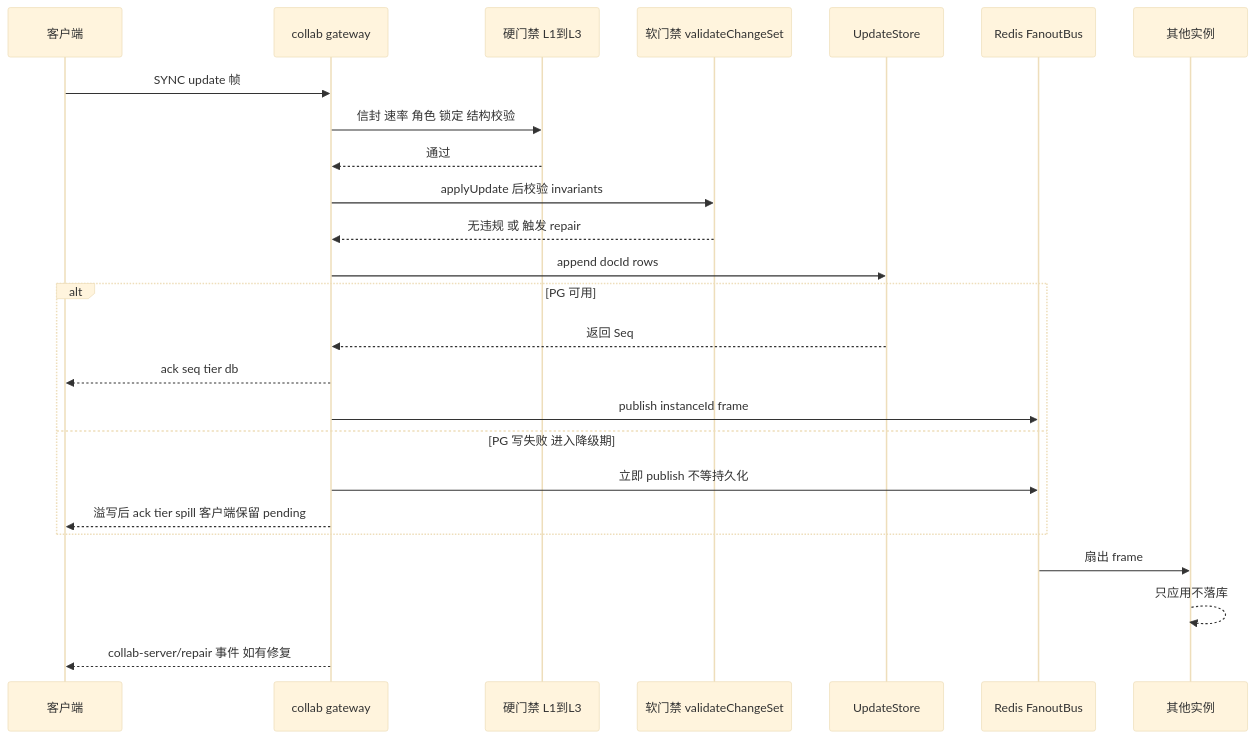
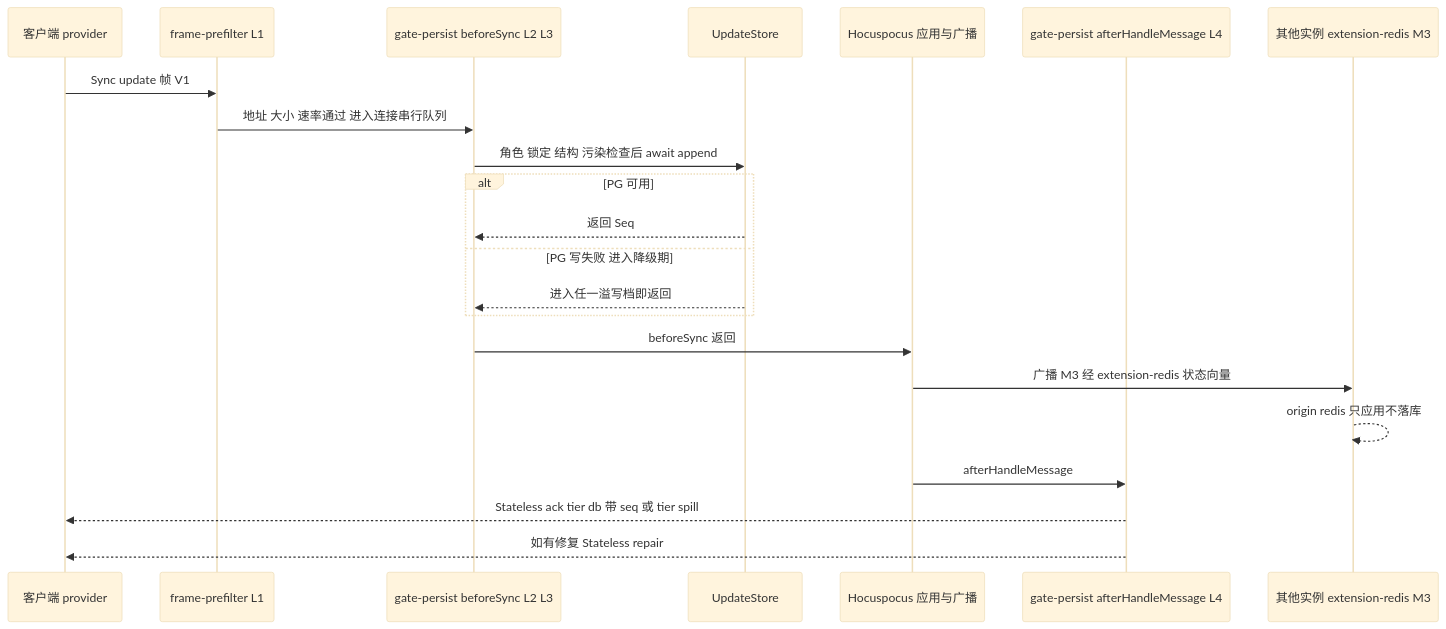
The fifth of 11 diagrams in docs/40-modules/09-server-collab-gateway-and-headless-host.md (Xeonice/cordis-ppt-editor), drawn with Mermaid (base theme) before and after one commit. The commit also changed other lines of this file and 78 other files, not shown here.

````diff
--- a/docs/40-modules/09-server-collab-gateway-and-headless-host.md
+++ b/docs/40-modules/09-server-collab-gateway-and-headless-host.md
@@ -295,27 +306,24 @@
 ```mermaid
 sequenceDiagram
-participant client as 客户端
-participant gateway as collab gateway
-participant hardGate as 硬门禁 L1到L3
-participant softGate as 软门禁 validateChangeSet
+participant client as 客户端 provider
+participant pre as frame-prefilter L1
+participant gate as gate-persist beforeSync L2 L3
 participant store as UpdateStore
-participant fanout as Redis FanoutBus
-participant other as 其他实例
-client->>gateway: SYNC update 帧
-gateway->>hardGate: 信封 速率 角色 锁定 结构校验
-hardGate-->>gateway: 通过
-gateway->>softGate: applyUpdate 后校验 invariants
-softGate-->>gateway: 无违规 或 触发 repair
-gateway->>store: append docId rows
+participant hp as Hocuspocus 应用与广播
+participant soft as gate-persist afterHandleMessage L4
+participant other as 其他实例 extension-redis M3
+client->>pre: Sync update 帧 V1
+pre->>gate: 地址 大小 速率通过 进入连接串行队列
+gate->>store: 角色 锁定 结构 污染检查后 await append
 alt PG 可用
-  store-->>gateway: 返回 Seq
-  gateway-->>client: ack seq tier db
-  gateway->>fanout: publish instanceId frame
+  store-->>gate: 返回 Seq
 else PG 写失败 进入降级期
-  gateway->>fanout: 立即 publish 不等持久化
-  gateway-->>client: 溢写后 ack tier spill 客户端保留 pending
+  store-->>gate: 进入任一溢写档即返回
 end
-fanout->>other: 扇出 frame
-other-->>other: 只应用不落库
-gateway-->>client: collab-server/repair 事件 如有修复
+gate->>hp: beforeSync 返回
+hp->>other: 广播 M3 经 extension-redis 状态向量
+other-->>other: origin redis 只应用不落库
+hp->>soft: afterHandleMessage
+soft-->>client: Stateless ack tier db 带 seq 或 tier spill
+soft-->>client: 如有修复 Stateless repair
 ```
````
